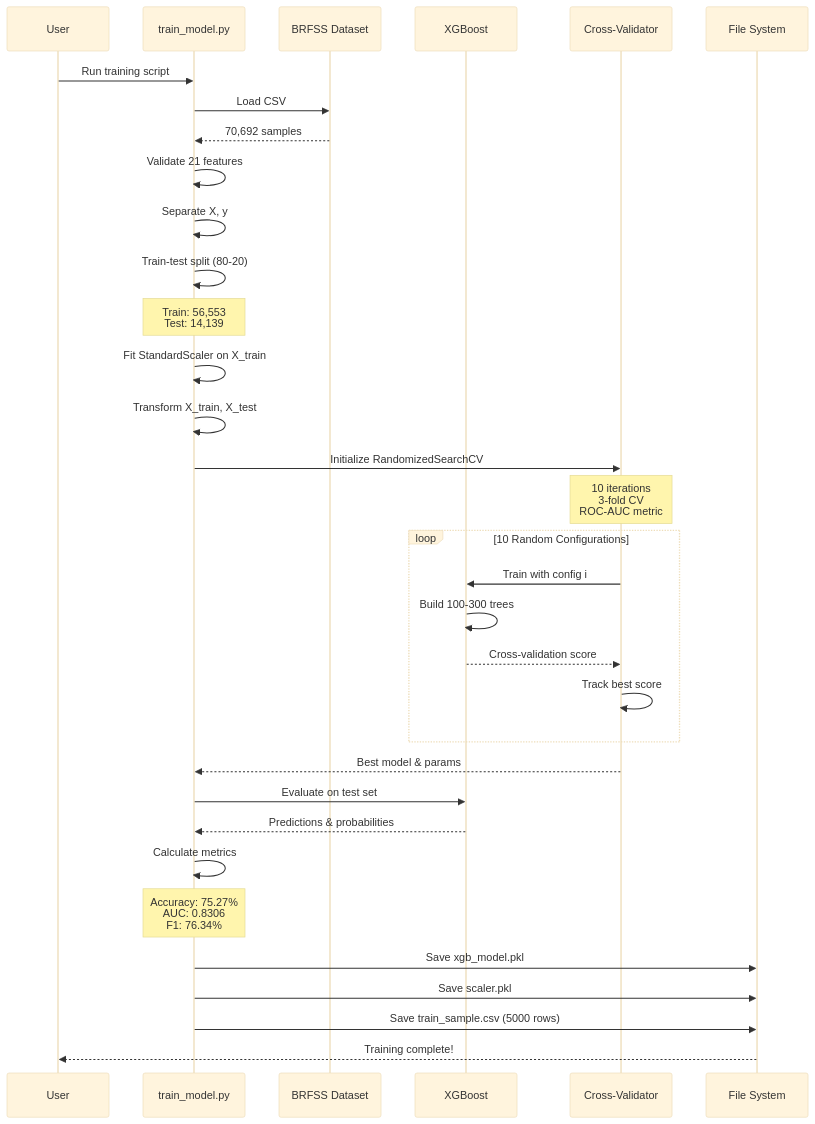
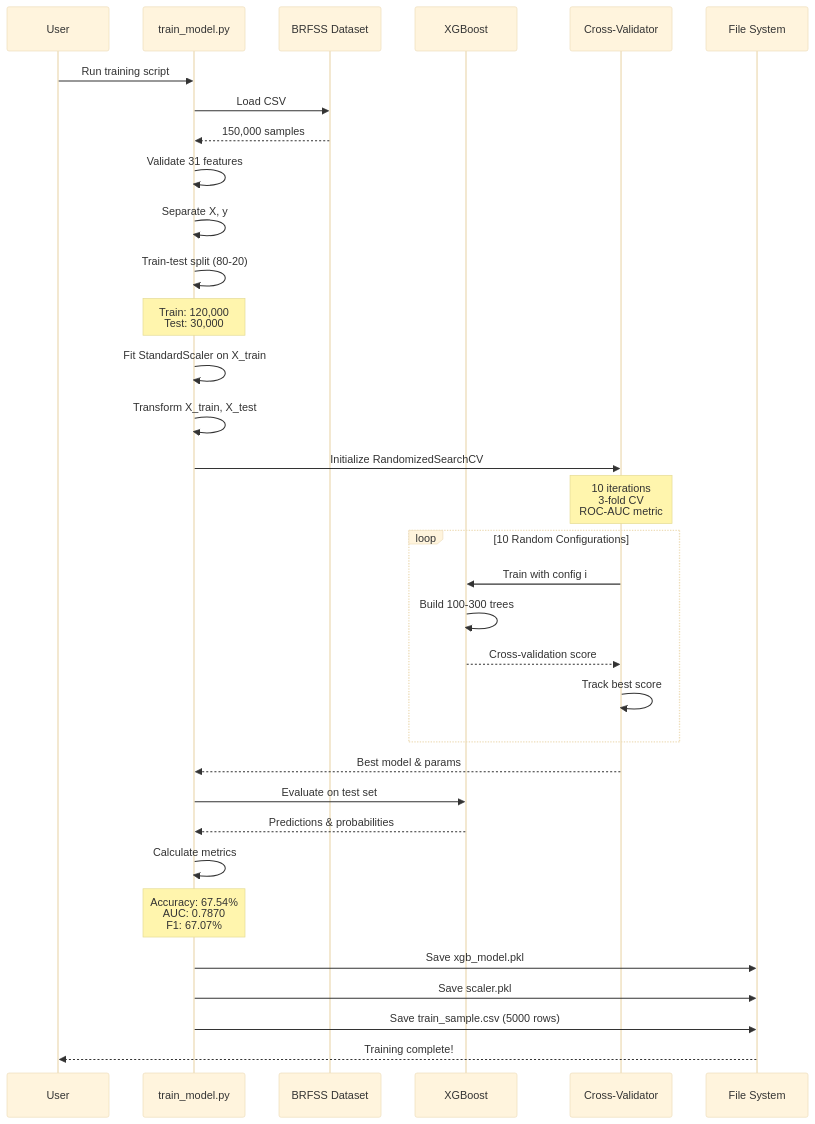
Before and after one commit to SAMI-CODEAI/Diabeties: the tenth of 14 diagrams in NOTES/PROJECT_METHODOLOGY.md, drawn with Mermaid (base theme). The commit also changed other lines of this file and 22 other files, not shown here.

Commit message:
reasearch,flowchart,notes-update-current version-18/03/2026

````diff
--- a/NOTES/PROJECT_METHODOLOGY.md
+++ b/NOTES/PROJECT_METHODOLOGY.md
@@ -965,46 +965,46 @@
 ```mermaid
 sequenceDiagram
     participant User
     participant TrainScript as train_model.py
     participant Data as BRFSS Dataset
     participant XGB as XGBoost
     participant CV as Cross-Validator
     participant Disk as File System
     
     User->>TrainScript: Run training script
     TrainScript->>Data: Load CSV
-    Data-->>TrainScript: 70,692 samples
+    Data-->>TrainScript: 150,000 samples
     
-    TrainScript->>TrainScript: Validate 21 features
+    TrainScript->>TrainScript: Validate 31 features
     TrainScript->>TrainScript: Separate X, y
     
     TrainScript->>TrainScript: Train-test split (80-20)
-    Note over TrainScript: Train: 56,553<br/>Test: 14,139
+    Note over TrainScript: Train: 120,000<br/>Test: 30,000
     
     TrainScript->>TrainScript: Fit StandardScaler on X_train
     TrainScript->>TrainScript: Transform X_train, X_test
     
     TrainScript->>CV: Initialize RandomizedSearchCV
     Note over CV: 10 iterations<br/>3-fold CV<br/>ROC-AUC metric
     
     loop 10 Random Configurations
         CV->>XGB: Train with config i
         XGB->>XGB: Build 100-300 trees
         XGB-->>CV: Cross-validation score
         CV->>CV: Track best score
     end
     
     CV-->>TrainScript: Best model & params
     
     TrainScript->>XGB: Evaluate on test set
     XGB-->>TrainScript: Predictions & probabilities
     
     TrainScript->>TrainScript: Calculate metrics
-    Note over TrainScript: Accuracy: 75.27%<br/>AUC: 0.8306<br/>F1: 76.34%
+    Note over TrainScript: Accuracy: 67.54%<br/>AUC: 0.7870<br/>F1: 67.07%
     
     TrainScript->>Disk: Save xgb_model.pkl
     TrainScript->>Disk: Save scaler.pkl
     TrainScript->>Disk: Save train_sample.csv (5000 rows)
     
     Disk-->>User: Training complete!
 ```
````
